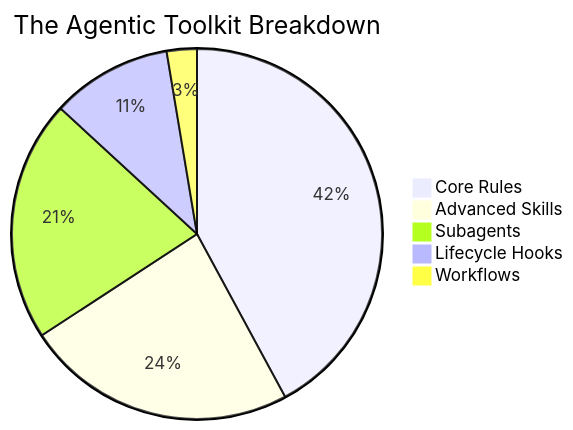
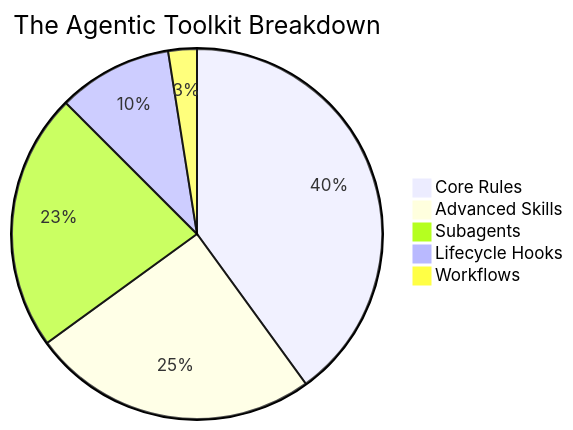
The diagram in README.md (FlameBLIZZard/better-agents), drawn with Mermaid before and after one commit. The commit also changed other lines of this file and 3 other files, not shown here.

Commit message:
feat: Add System Architect subagent and Architecture Scaffolding skill

````diff
--- a/README.md
+++ b/README.md
@@ -83,8 +86,8 @@
 ```mermaid
 pie title The Agentic Toolkit Breakdown
     "Core Rules" : 16
-    "Advanced Skills" : 9
-    "Subagents" : 8
+    "Advanced Skills" : 10
+    "Subagents" : 9
     "Lifecycle Hooks" : 4
     "Workflows" : 1
 ```
````
